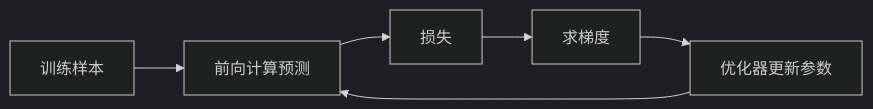
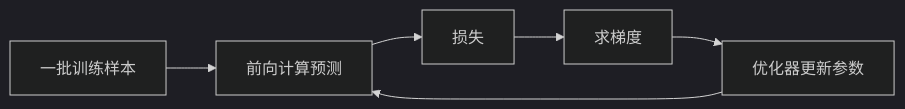
Before and after one commit to Cypher-hey/footprint: the second of 3 diagrams in docs/note/ai/15-machine-learning.md, drawn with Mermaid (dark theme). The commit also changed other lines of this file and 22 other files, not shown here.

Commit message:
docs(ai): unify conceptual explanations, progressive diagrams and cross-topic knowledge ownership

````diff
--- a/docs/note/ai/15-machine-learning.md
+++ b/docs/note/ai/15-machine-learning.md
@@ -40,8 +71,8 @@
 ```mermaid
 flowchart LR
-    X["训练样本"] --> F["前向计算预测"]
+    X["一批训练样本"] --> F["前向计算预测"]
     F --> L["损失"]
     L --> G["求梯度"]
     G --> U["优化器更新参数"]
     U --> F
 ```
````
